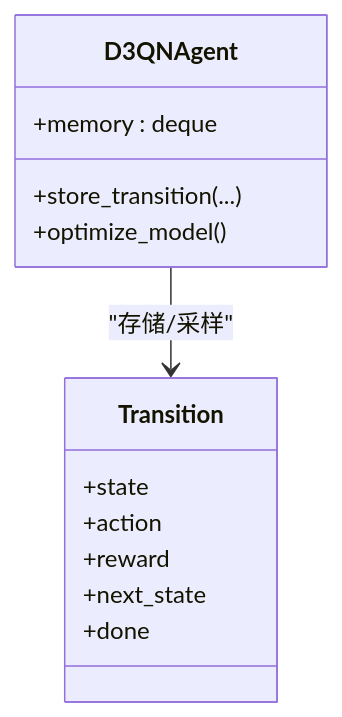
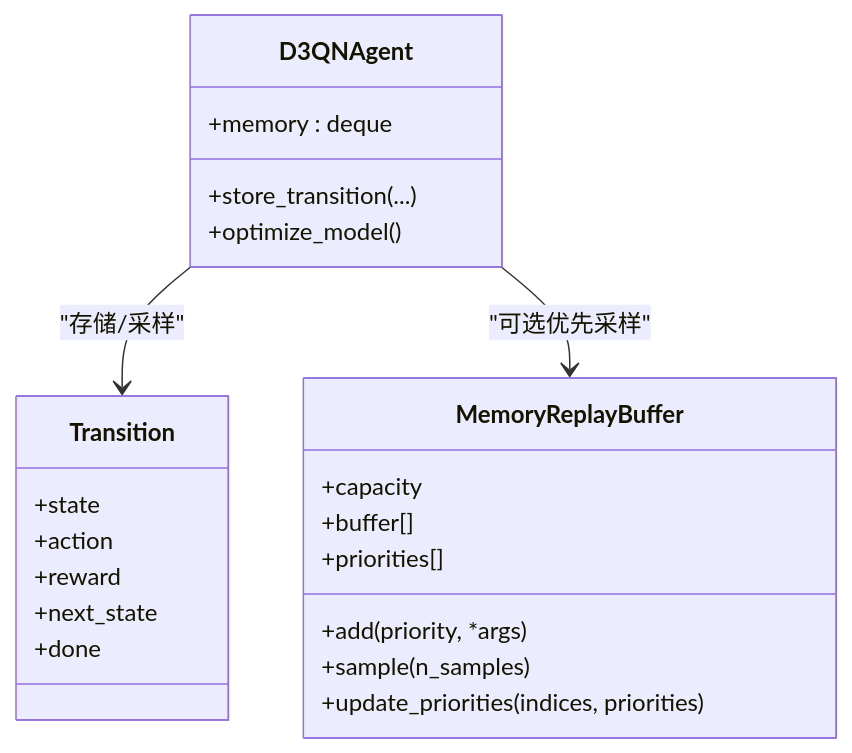
Before and after one commit to fuweiq94-cloud/3399180760000: the fifth of 10 diagrams in .qoder/repowiki/zh/content/D3QN算法实现/智能体逻辑实现.md, drawn with Mermaid. The commit also changed other lines of this file and 75 other files, not shown here.

````diff
--- a/.qoder/repowiki/zh/content/D3QN算法实现/智能体逻辑实现.md
+++ b/.qoder/repowiki/zh/content/D3QN算法实现/智能体逻辑实现.md
@@ -142,16 +189,25 @@
 ```mermaid
 classDiagram
 class Transition {
 +state
 +action
 +reward
 +next_state
 +done
 }
+class MemoryReplayBuffer {
++capacity
++buffer[]
++priorities[]
++add(priority, *args)
++sample(n_samples)
++update_priorities(indices, priorities)
+}
 class D3QNAgent {
 +memory : deque
 +store_transition(...)
 +optimize_model()
 }
 D3QNAgent --> Transition : "存储/采样"
+D3QNAgent --> MemoryReplayBuffer : "可选优先采样"
 ```
````
